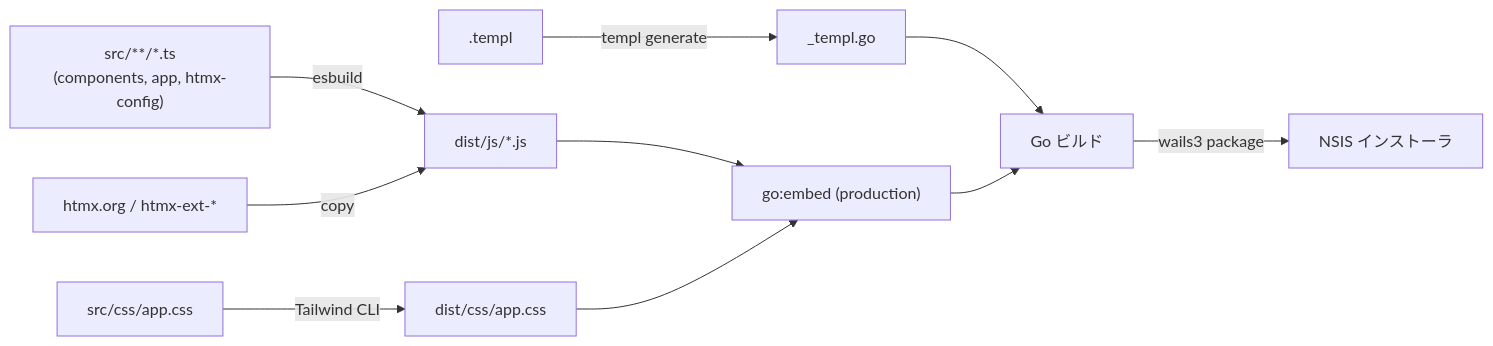
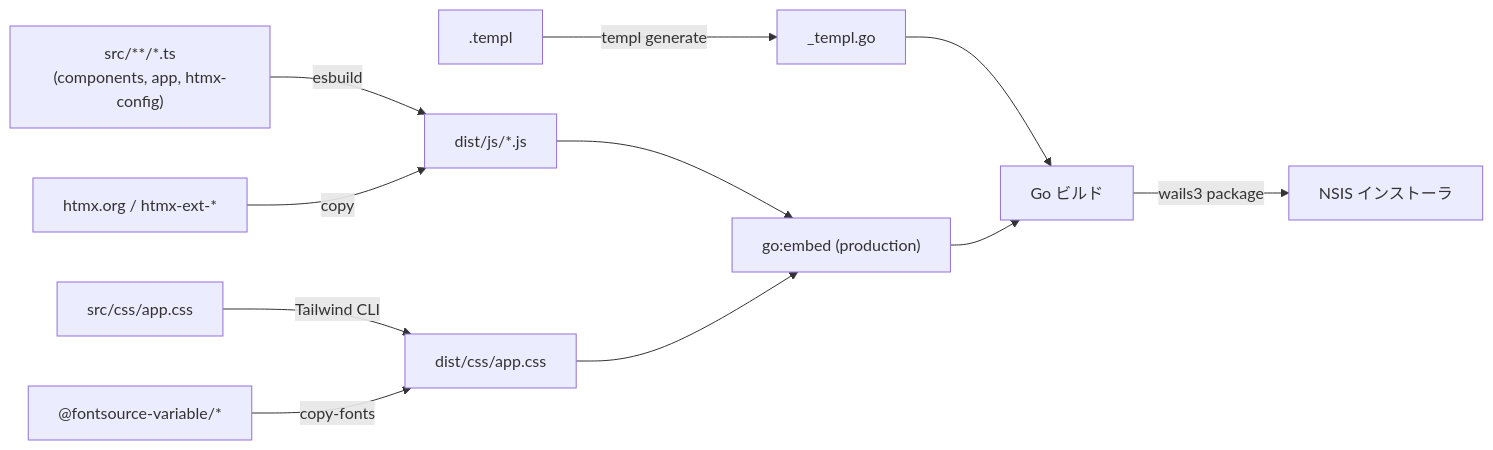
Before and after one commit to ousiassllc/puppet-remo: the third of 3 diagrams in docs/architecture/frontend.md, drawn with Mermaid. The commit also changed other lines of this file and 67 other files, not shown here.

````diff
--- a/docs/architecture/frontend.md
+++ b/docs/architecture/frontend.md
@@ -451,12 +452,13 @@
 ```mermaid
 graph LR
     T[".templ"] -- "templ generate" --> G["_templ.go"]
     TS["src/**/*.ts<br/>(components, app, htmx-config)"] -- "esbuild" --> JS["dist/js/*.js"]
     CSS["src/css/app.css"] -- "Tailwind CLI" --> C["dist/css/app.css"]
+    F["@fontsource-variable/*"] -- "copy-fonts" --> C
     H["htmx.org / htmx-ext-*"] -- "copy" --> JS
     G --> BIN["Go ビルド"]
     JS --> E["go:embed (production)"]
     C --> E
     E --> BIN
     BIN -- "wails3 package" --> NSIS["NSIS インストーラ"]
 ```
````
